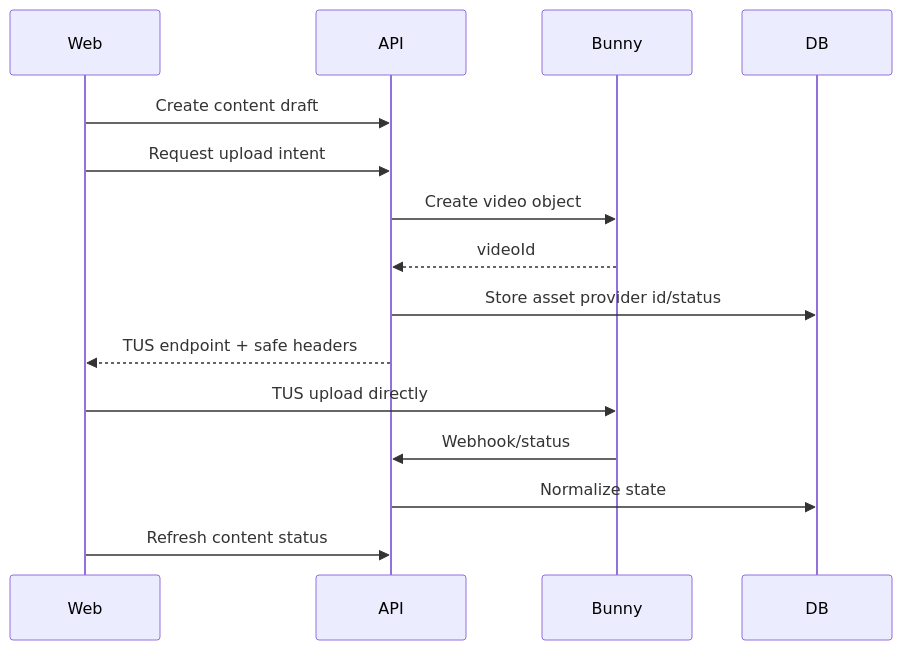
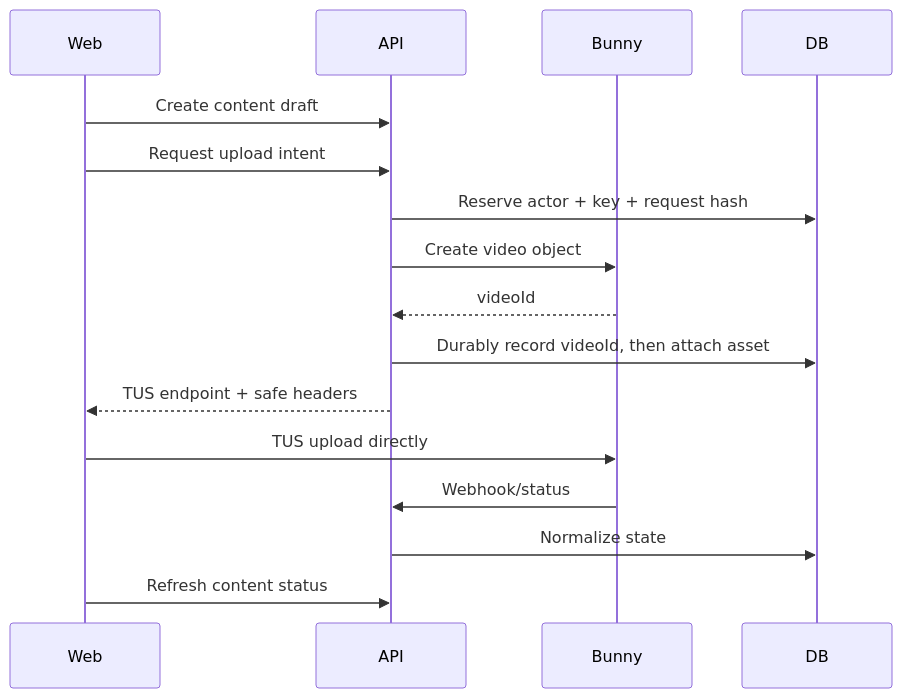
The first of 2 diagrams in docs/v2-new-build/media-live-providers.md (mariospeterman/VEEL-v2), drawn with Mermaid before and after one commit. The commit also changed other lines of this file and 94 other files, not shown here.

````diff
--- a/docs/v2-new-build/media-live-providers.md
+++ b/docs/v2-new-build/media-live-providers.md
@@ -86,18 +91,19 @@
 ```mermaid
 sequenceDiagram
   participant Web
   participant API
   participant Bunny
   participant DB
 
   Web->>API: Create content draft
   Web->>API: Request upload intent
+  API->>DB: Reserve actor + key + request hash
   API->>Bunny: Create video object
   Bunny-->>API: videoId
-  API->>DB: Store asset provider id/status
+  API->>DB: Durably record videoId, then attach asset
   API-->>Web: TUS endpoint + safe headers
   Web->>Bunny: TUS upload directly
   Bunny->>API: Webhook/status
   API->>DB: Normalize state
   Web->>API: Refresh content status
 ```
````
